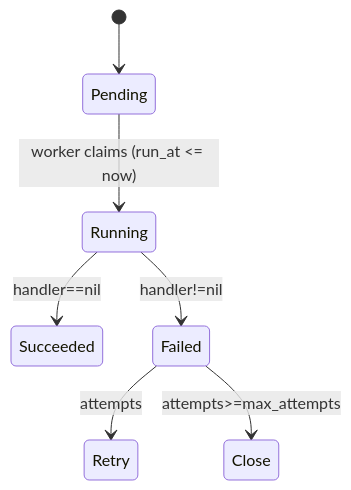
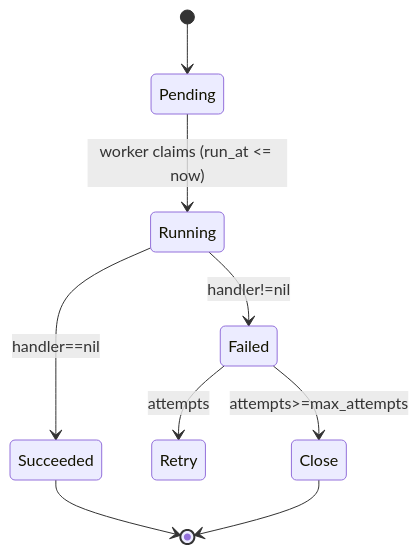
One commit to CL0UD6LOCK/kiln changed the diagram in README.md. Above: the diagram before and after it, drawn with Mermaid.

````diff
--- a/README.md
+++ b/README.md
@@ -29,9 +29,11 @@
 ```mermaid
 stateDiagram-v2
     [*] --> Pending
     Pending --> Running: worker claims (run_at <= now)
     Running --> Succeeded: handler==nil
     Running --> Failed: handler!=nil
     Failed --> Retry: attempts<max_attempts
     Failed --> Close: attempts>=max_attempts
+    Succeeded --> [*]
+    Close --> [*]
 ```
````
